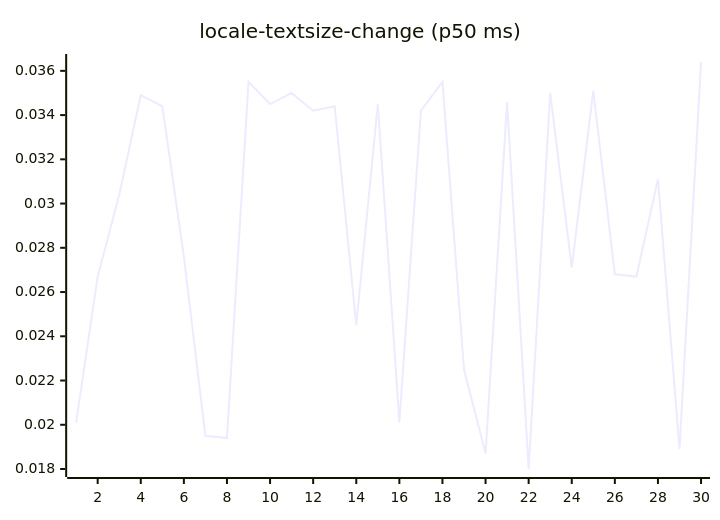
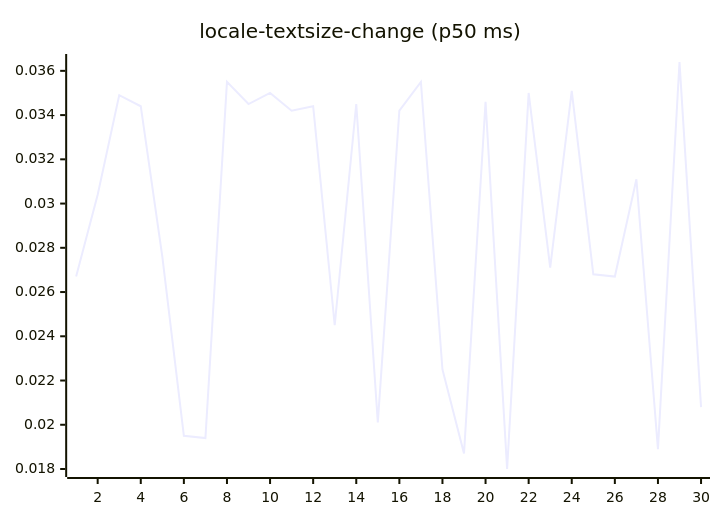
Before and after one commit to josha/Facet: diagram 13 of 27 in README.md, drawn with Mermaid. The commit also changed other lines of this file and 2 other files, not shown here.

````diff
--- a/README.md
+++ b/README.md
@@ -147,6 +147,6 @@
 ```mermaid
 xychart-beta
     title "locale-textsize-change (p50 ms)"
     x-axis 1 --> 30
-    line [0.0201, 0.0267, 0.0304, 0.0349, 0.0344, 0.0276, 0.0195, 0.0194, 0.0355, 0.0345, 0.0350, 0.0342, 0.0344, 0.0245, 0.0345, 0.0201, 0.0342, 0.0355, 0.0225, 0.0187, 0.0346, 0.0180, 0.0350, 0.0271, 0.0351, 0.0268, 0.0267, 0.0311, 0.0189, 0.0364]
+    line [0.0267, 0.0304, 0.0349, 0.0344, 0.0276, 0.0195, 0.0194, 0.0355, 0.0345, 0.0350, 0.0342, 0.0344, 0.0245, 0.0345, 0.0201, 0.0342, 0.0355, 0.0225, 0.0187, 0.0346, 0.0180, 0.0350, 0.0271, 0.0351, 0.0268, 0.0267, 0.0311, 0.0189, 0.0364, 0.0208]
 ```
````
